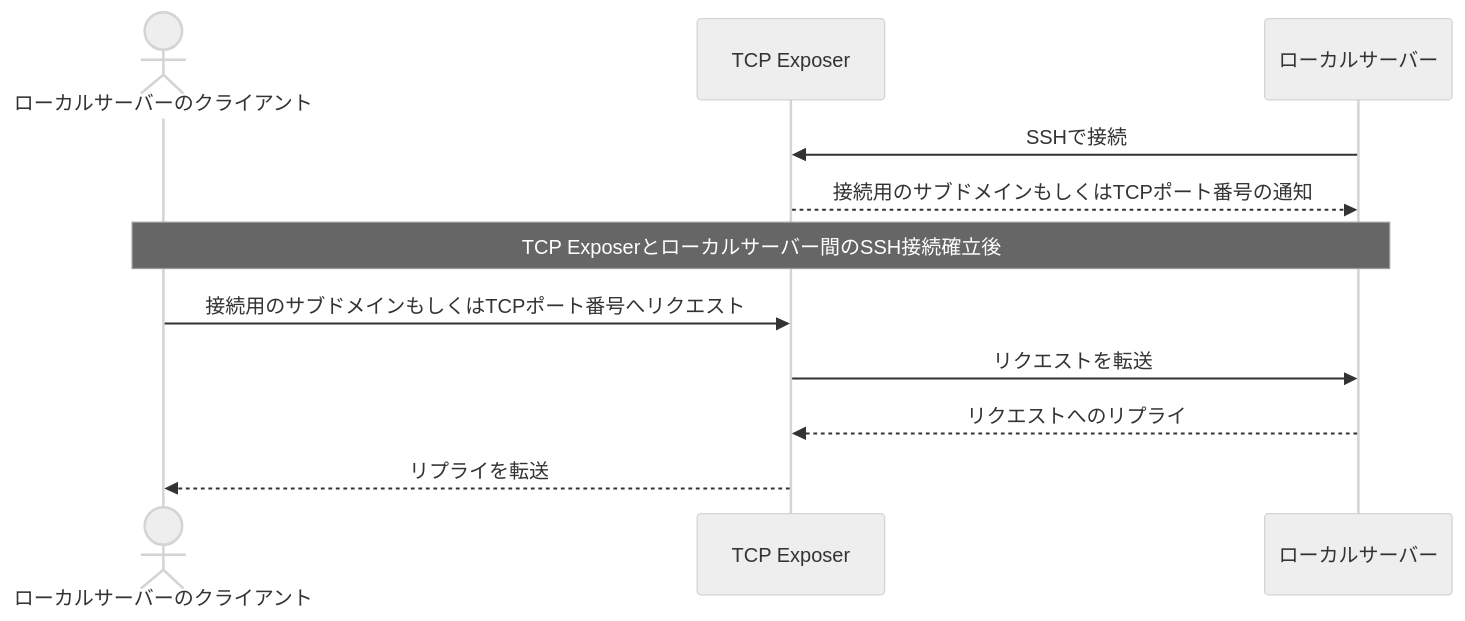
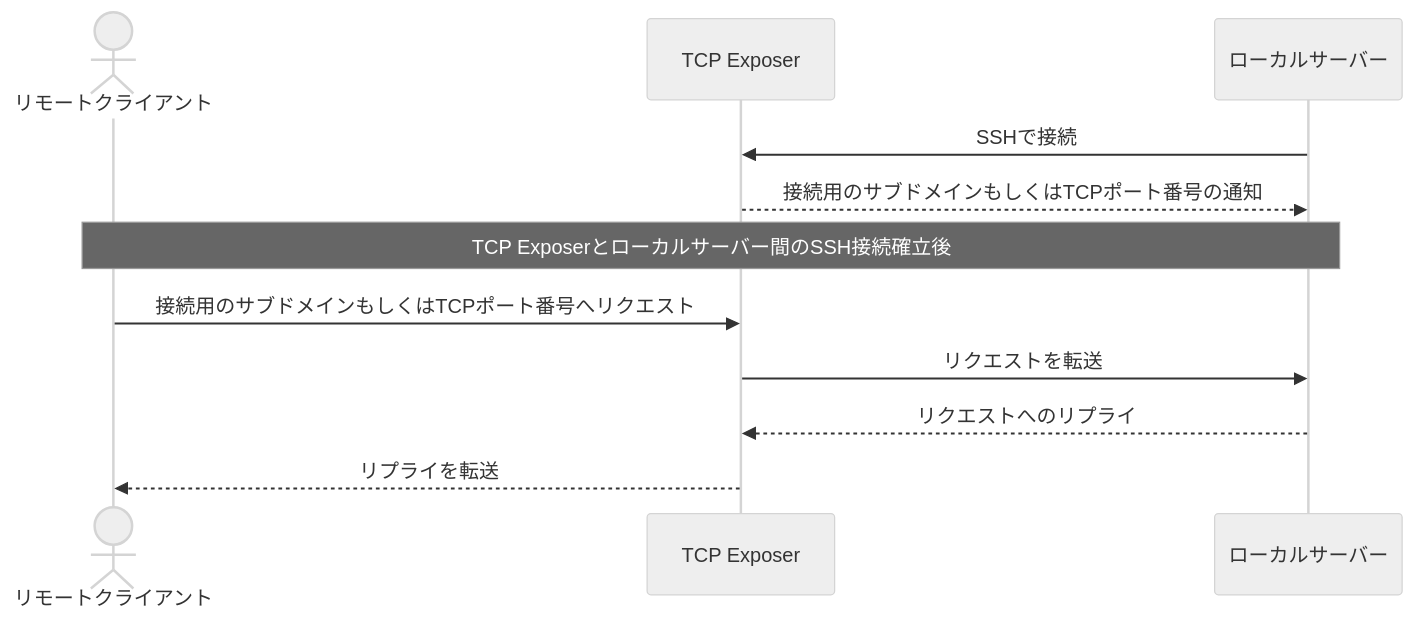
Before and after one commit to ytgw/zenn-content: the diagram in articles/tcpexposer-intoroduction.md, drawn with Mermaid (neutral theme).

Commit message:
指摘を受けてシーケンス図内の名前を変更。

````diff
--- a/articles/tcpexposer-intoroduction.md
+++ b/articles/tcpexposer-intoroduction.md
@@ -21,17 +21,17 @@
 ```mermaid
 sequenceDiagram
-    actor client as ローカルサーバーのクライアント
+    actor client as リモートクライアント
     participant exposer as TCP Exposer
     participant local as ローカルサーバー
 
     local ->> exposer : SSHで接続
     exposer -->> local : 接続用のサブドメインもしくはTCPポート番号の通知
 
     Note over client,local: TCP Exposerとローカルサーバー間のSSH接続確立後
 
     client ->> exposer : 接続用のサブドメインもしくはTCPポート番号へリクエスト
     exposer ->> local : リクエストを転送
 
     local -->> exposer : リクエストへのリプライ
     exposer -->> client : リプライを転送
 ```
````
